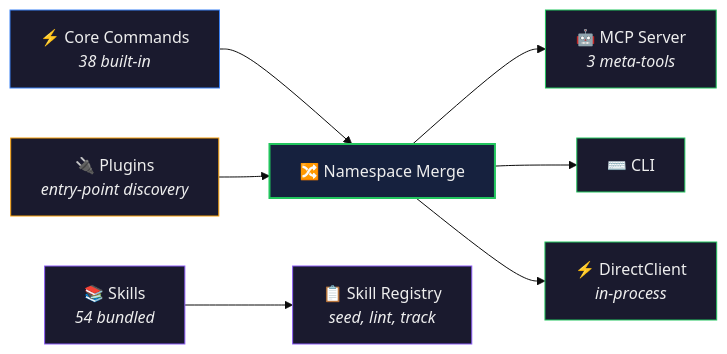
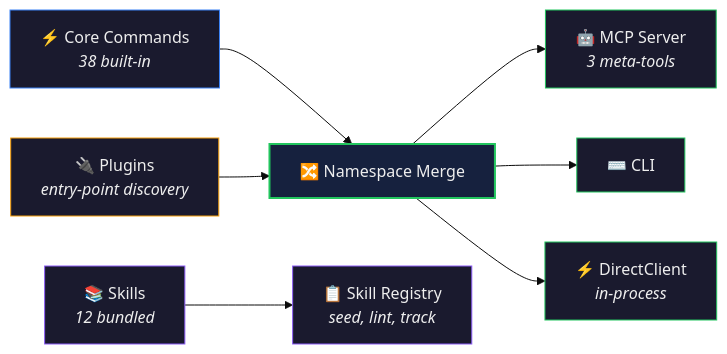
The fourth of 4 diagrams in endpoints/botcore/README.md (lushly-dev/afd), drawn with Mermaid (base theme) before and after one commit. The commit also changed other lines of this file and 491 other files, not shown here.

````diff
--- a/endpoints/botcore/README.md
+++ b/endpoints/botcore/README.md
@@ -126,24 +126,24 @@
 ```mermaid
 graph LR
     Core["⚡ Core Commands<br/><em>38 built-in</em>"]
     Plugins["🔌 Plugins<br/><em>entry-point discovery</em>"]
-    Skills["📚 Skills<br/><em>54 bundled</em>"]
+    Skills["📚 Skills<br/><em>12 bundled</em>"]
 
     Core --> NS["🔀 Namespace Merge"]
     Plugins --> NS
 
     NS --> MCP["🤖 MCP Server<br/><em>3 meta-tools</em>"]
     NS --> CLI["⌨️ CLI"]
     NS --> DC["⚡ DirectClient<br/><em>in-process</em>"]
 
     Skills --> Seed["📋 Skill Registry<br/><em>seed, lint, track</em>"]
 
     style Core fill:#1a1a2e,stroke:#3b82f6,color:#eee
     style Plugins fill:#1a1a2e,stroke:#f59e0b,color:#eee
     style Skills fill:#1a1a2e,stroke:#8B5CF6,color:#eee
     style NS fill:#16213e,stroke:#22c55e,stroke-width:2px,color:#eee
     style MCP fill:#1a1a2e,stroke:#22c55e,color:#eee
     style CLI fill:#1a1a2e,stroke:#22c55e,color:#eee
     style DC fill:#1a1a2e,stroke:#22c55e,color:#eee
     style Seed fill:#1a1a2e,stroke:#8B5CF6,color:#eee
 ```
````
